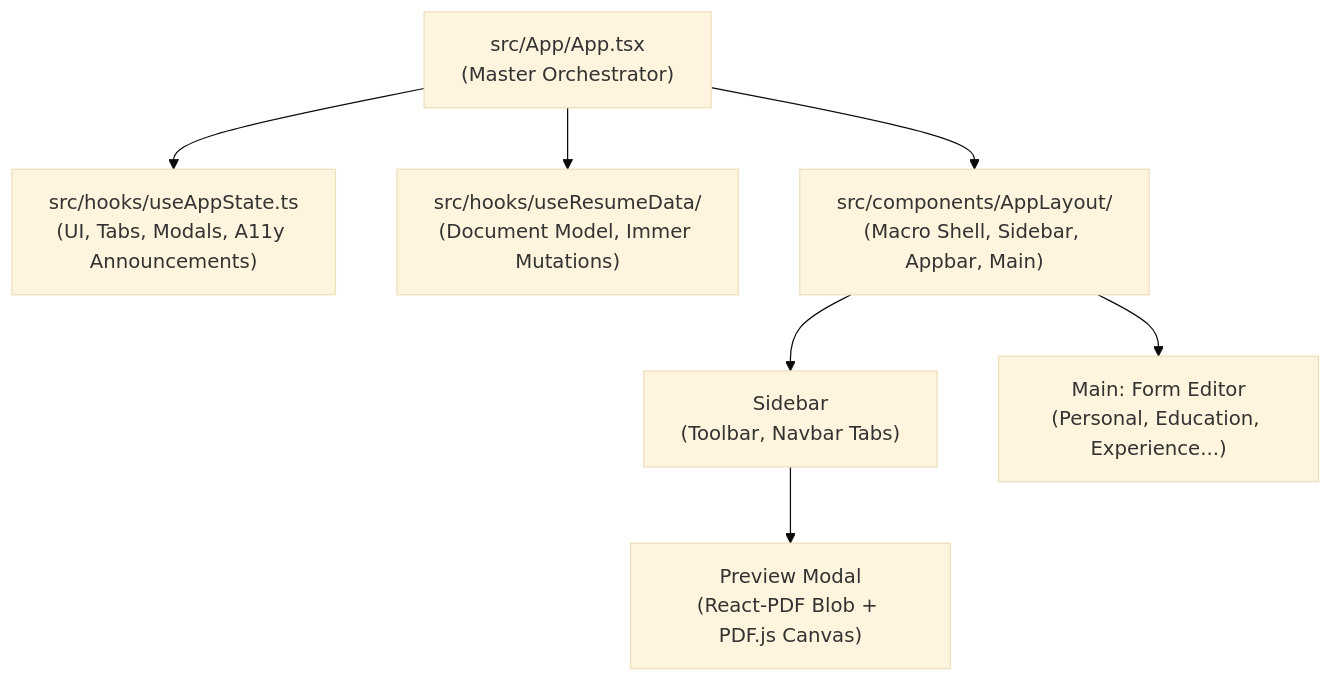
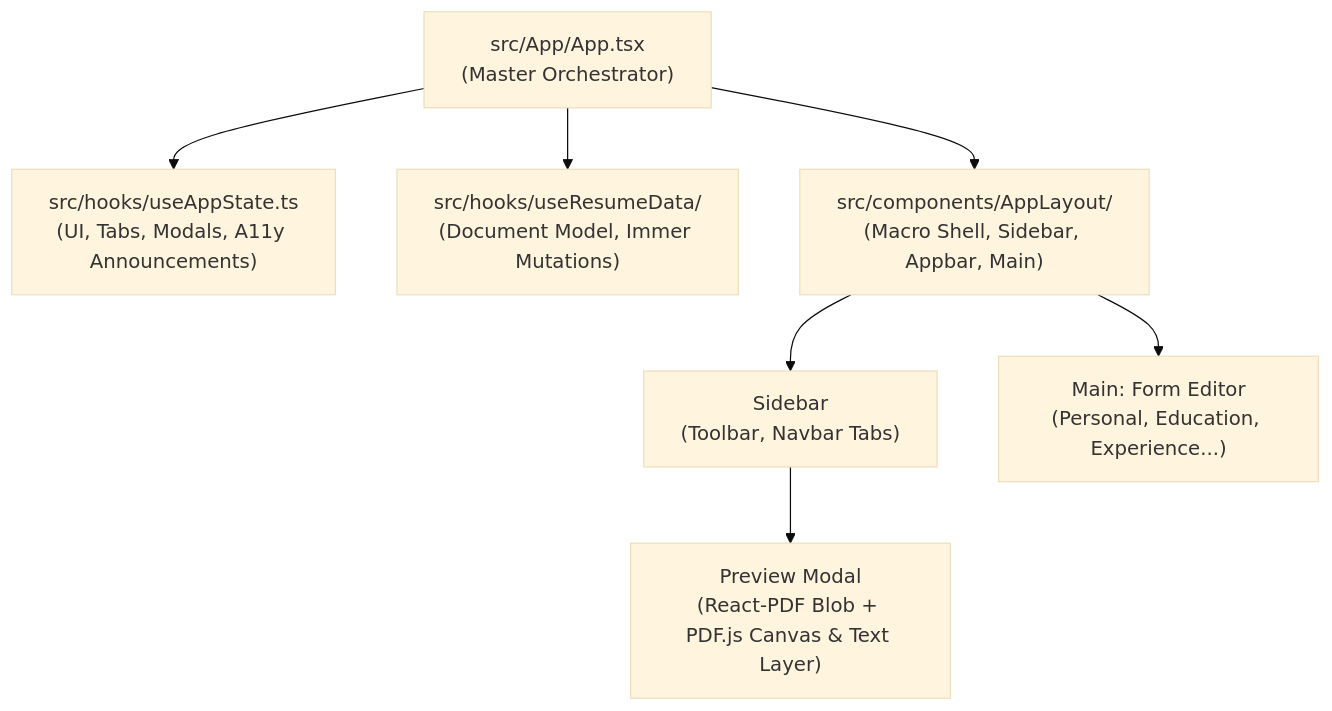
One commit to fiftythanks/resume-constructor changed the diagram in docs/src/content/docs/guides/architecture.md. Above: the diagram before and after it, drawn with Mermaid (base theme). The commit also changed other lines of this file and 6 other files, not shown here.

````diff
--- a/docs/src/content/docs/guides/architecture.md
+++ b/docs/src/content/docs/guides/architecture.md
@@ -10,11 +10,11 @@
 ```mermaid
 flowchart TD
     App["src/App/App.tsx<br/>(Master Orchestrator)"]
     App --> UseAppState["src/hooks/useAppState.ts<br/>(UI, Tabs, Modals, A11y Announcements)"]
     App --> UseResumeData["src/hooks/useResumeData/<br/>(Document Model, Immer Mutations)"]
     App --> AppLayout["src/components/AppLayout/<br/>(Macro Shell, Sidebar, Appbar, Main)"]
 
     AppLayout --> Sidebar["Sidebar<br/>(Toolbar, Navbar Tabs)"]
     AppLayout --> FormView["Main: Form Editor<br/>(Personal, Education, Experience...)"]
-    Sidebar --> PreviewModal["Preview Modal<br/>(React-PDF Blob + PDF.js Canvas)"]
+    Sidebar --> PreviewModal["Preview Modal<br/>(React-PDF Blob + PDF.js Canvas & Text Layer)"]
 ```
````
